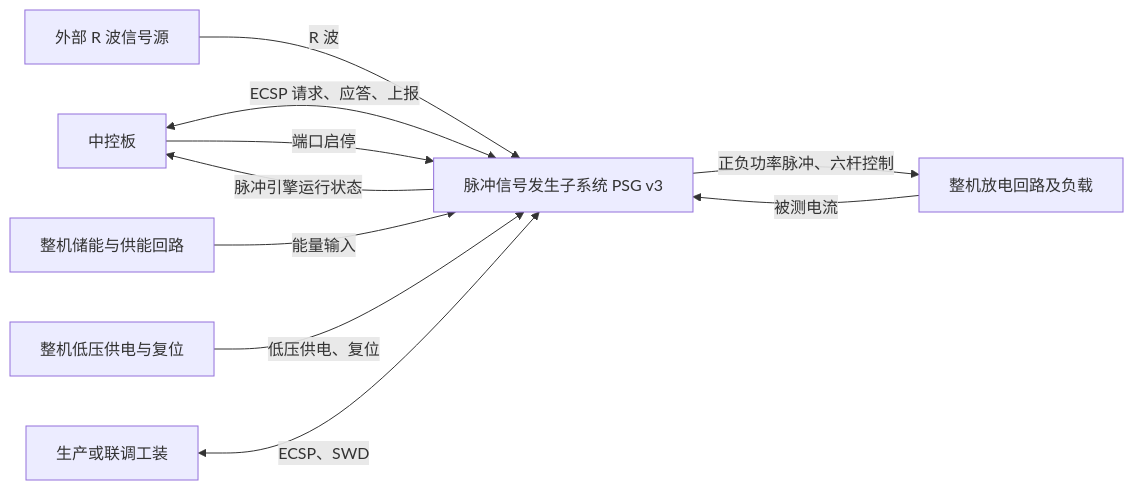
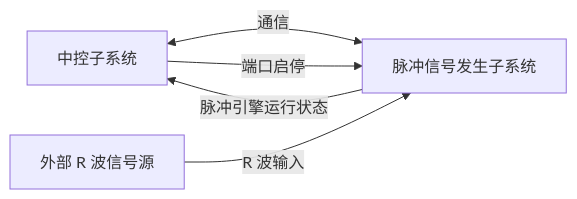
The first of 2 diagrams in docs/syrs/psg-subsystem-requirements.md (zhengjy926/pfa-psg), drawn with Mermaid before and after one commit. The commit also changed other lines of this file and 6 other files, not shown here.

````diff
--- a/docs/syrs/psg-subsystem-requirements.md
+++ b/docs/syrs/psg-subsystem-requirements.md
@@ -23,20 +19,11 @@
 ```mermaid
 flowchart LR
-    host["中控板"]
+    host["中控子系统"]
     rwave["外部 R 波信号源"]
-    supply["整机储能与供能回路"]
-    power["整机低压供电与复位"]
-    load["整机放电回路及负载"]
-    bench["生产或联调工装"]
-    psg["脉冲信号发生子系统 PSG v3"]
+    psg["脉冲信号发生子系统"]
 
-    host <-->|ECSP 请求、应答、上报| psg
+    host <-->|通信| psg
     host -->|端口启停| psg
     psg -->|脉冲引擎运行状态| host
-    rwave -->|R 波| psg
-    supply -->|能量输入| psg
-    power -->|低压供电、复位| psg
-    psg -->|正负功率脉冲、六杆控制| load
-    load -->|被测电流| psg
-    bench <-->|ECSP、SWD| psg
+    rwave -->|R 波输入| psg
 ```
````
